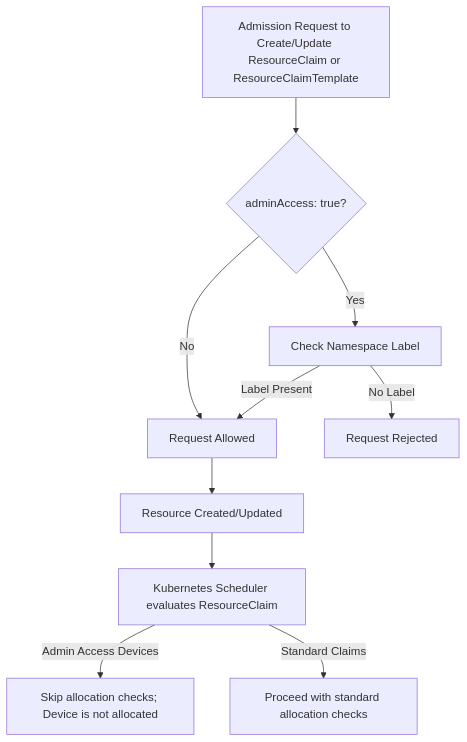
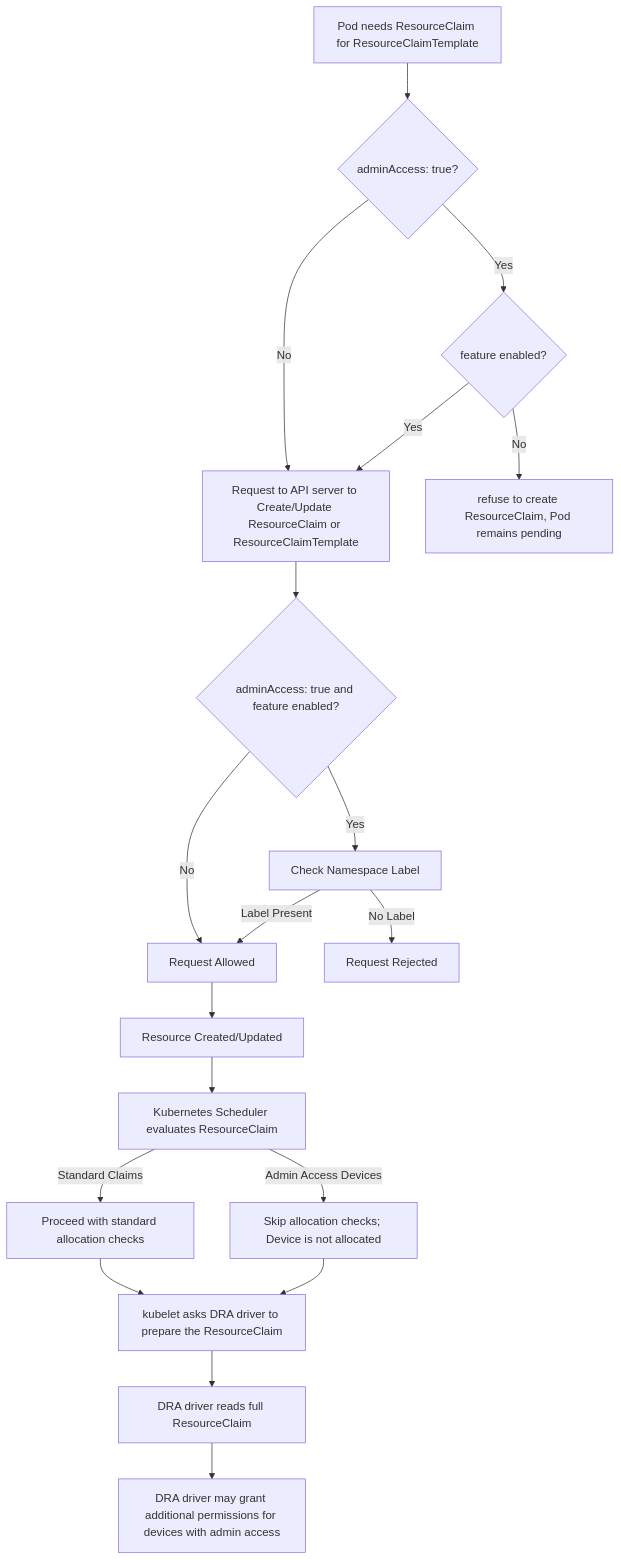
Before and after one commit to kubernetes/enhancements: the diagram in keps/sig-auth/5018-dra-adminaccess/README.md, drawn with Mermaid. The commit also changed other lines of this file, not shown here.

Commit message:
add mermaid flowchart

````diff
--- a/keps/sig-auth/5018-dra-adminaccess/README.md
+++ b/keps/sig-auth/5018-dra-adminaccess/README.md
@@ -290,12 +294,22 @@
 ```mermaid
 flowchart TD
-    A[Admission Request to Create/Update ResourceClaim or ResourceClaimTemplate] --> B{adminAccess: true?}
+    AA[Pod needs ResourceClaim for ResourceClaimTemplate] --> AB{adminAccess: true?}
+    AB -- No --> A
+    AB -- Yes --> AC{feature enabled?}
+    AC -- No --> AY[refuse to create ResourceClaim, Pod remains pending]
+    AC -- Yes --> A
+    A[Request to API server to Create/Update ResourceClaim or ResourceClaimTemplate] --> B{adminAccess: true and feature enabled?}
     B -- No --> E
     B -- Yes --> D[Check Namespace Label]
     D -- Label Present --> E[Request Allowed]
     D -- No Label --> F[Request Rejected]
     E --> G[Resource Created/Updated]
     G --> H[Kubernetes Scheduler evaluates ResourceClaim]
     H -- Admin Access Devices --> I[Skip allocation checks; Device is not allocated]
     H -- Standard Claims --> J[Proceed with standard allocation checks]
+    J --> K
+    I --> K
+    K[kubelet asks DRA driver to prepare the ResourceClaim] --> L
+    L[DRA driver reads full ResourceClaim] --> M
+    M[DRA driver may grant additional permissions for devices with admin access]
 ```
````
